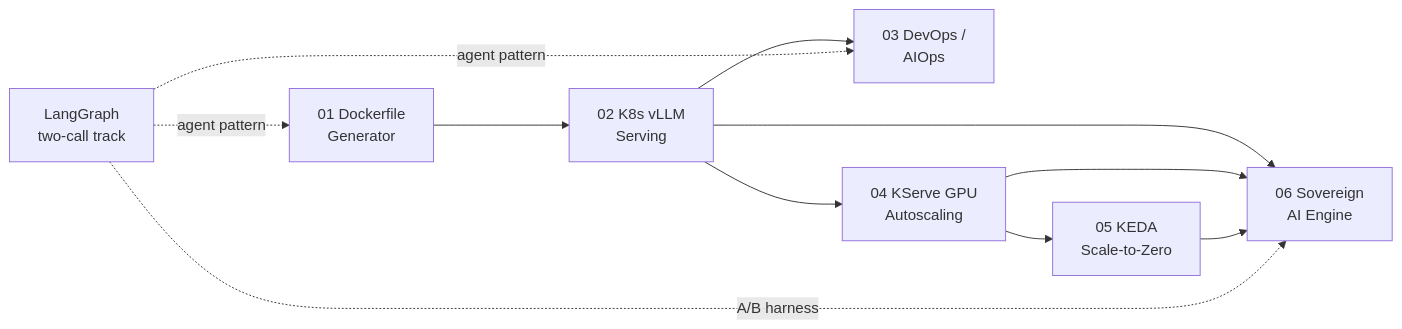
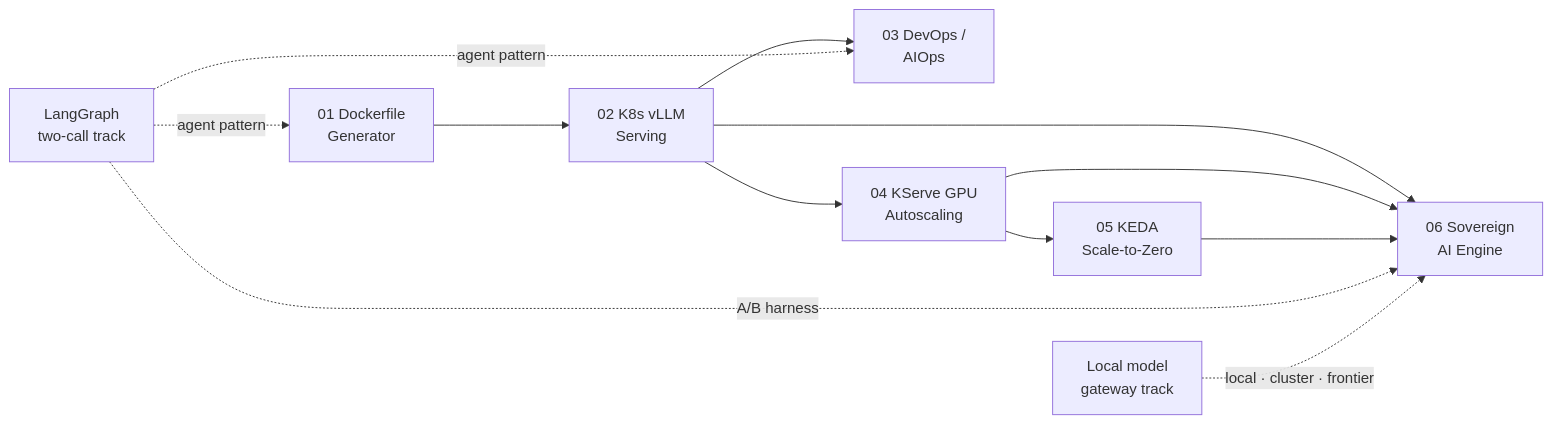
Before and after one commit to K4nishk/myPlayground: the diagram in wiki/overview.md, drawn with Mermaid. The commit also changed other lines of this file and 8 other files, not shown here.

First line of the commit message:
brain: ingest — local model gateway decisions

````diff
--- a/wiki/overview.md
+++ b/wiki/overview.md
@@ -19,10 +20,11 @@
 ```mermaid
 flowchart LR
   P1[01 Dockerfile<br/>Generator] --> P2[02 K8s vLLM<br/>Serving]
   P2 --> P3[03 DevOps /<br/>AIOps]
   P2 --> P4[04 KServe GPU<br/>Autoscaling]
   P4 --> P5[05 KEDA<br/>Scale-to-Zero]
   P2 & P4 & P5 --> P6[06 Sovereign<br/>AI Engine]
   L[LangGraph<br/>two-call track] -.agent pattern.-> P1 & P3
   L -.A/B harness.-> P6
+  GW[Local model<br/>gateway track] -.local · cluster · frontier.-> P6
 ```
````
